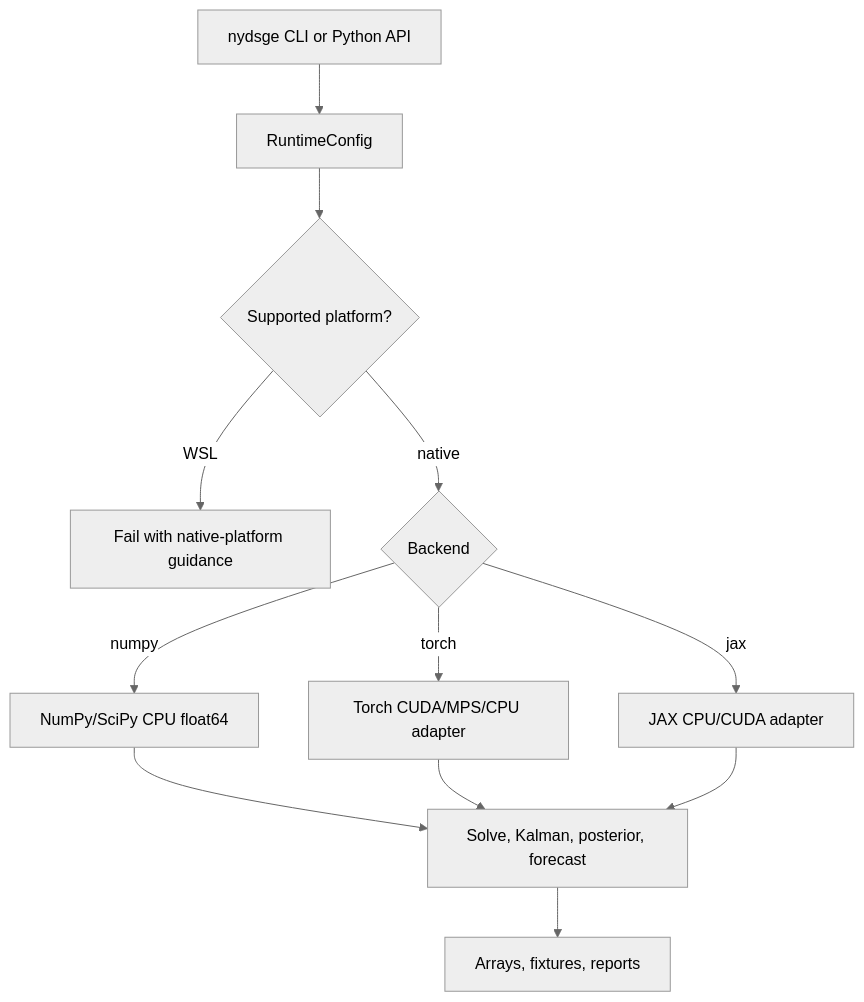
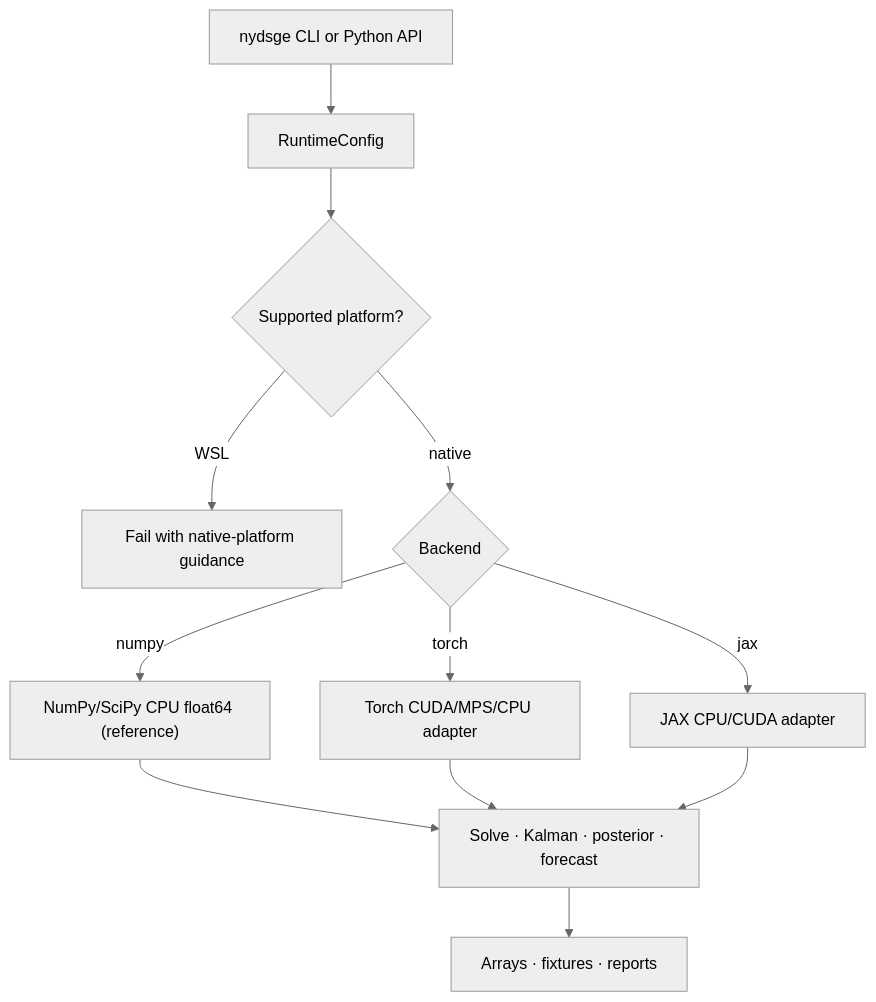
One commit to gustavorubim/nydsge-python changed the second of 4 diagrams in README.md. Above: the diagram before and after it, drawn with Mermaid (neutral theme). The commit also changed other lines of this file, not shown here.

````diff
--- a/README.md
+++ b/README.md
@@ -64,16 +162,16 @@
 ```mermaid
 flowchart TD
     CLI["nydsge CLI or Python API"] --> Runtime["RuntimeConfig"]
     Runtime --> Check{"Supported platform?"}
     Check -->|WSL| Reject["Fail with native-platform guidance"]
     Check -->|native| Backend{"Backend"}
 
-    Backend -->|numpy| CPU["NumPy/SciPy CPU float64"]
+    Backend -->|numpy| CPU["NumPy/SciPy CPU float64 (reference)"]
     Backend -->|torch| Torch["Torch CUDA/MPS/CPU adapter"]
     Backend -->|jax| JAX["JAX CPU/CUDA adapter"]
 
-    CPU --> Kernels["Solve, Kalman, posterior, forecast"]
+    CPU --> Kernels["Solve · Kalman · posterior · forecast"]
     Torch --> Kernels
     JAX --> Kernels
-    Kernels --> Outputs["Arrays, fixtures, reports"]
+    Kernels --> Outputs["Arrays · fixtures · reports"]
 ```
````
